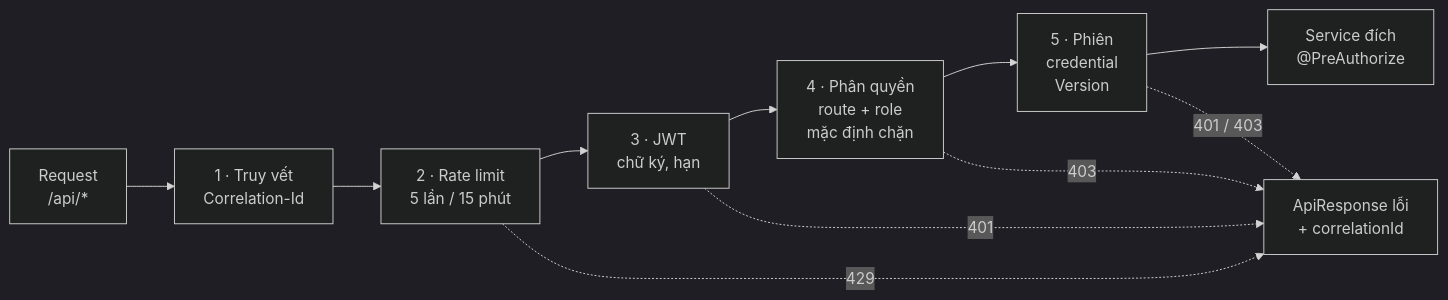
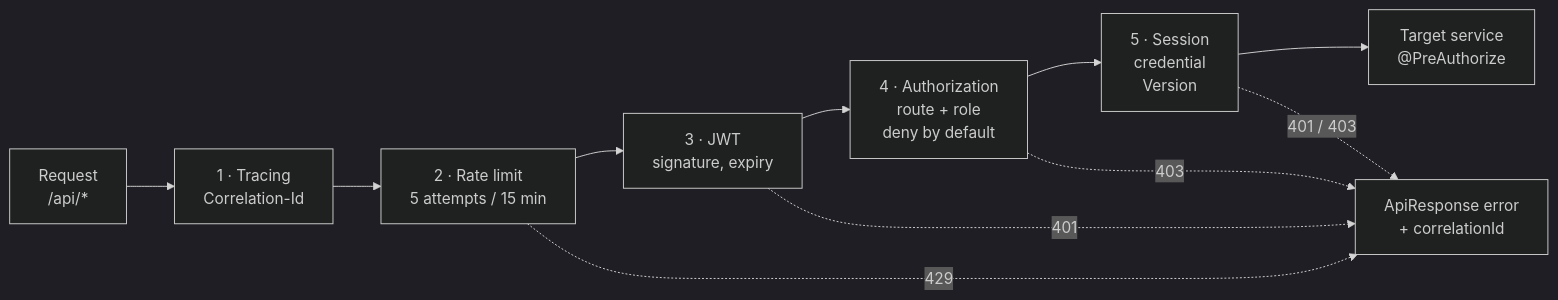
The diagram in scripts/demo_25_10/artifacts/service-demo/diagrams/07.mmd (Dangvinh77/MediFlow), drawn with Mermaid (dark theme) before and after one commit. The commit also changed 9 other files, not shown here.

```diff
--- a/scripts/demo_25_10/artifacts/service-demo/diagrams/07.mmd
+++ b/scripts/demo_25_10/artifacts/service-demo/diagrams/07.mmd
@@ -1,11 +1,11 @@
 flowchart LR
-R["Request<br/>/api/*"] --> F1["1 · Truy vết<br/>Correlation-Id"]
-F1 --> F2["2 · Rate limit<br/>5 lần / 15 phút"]
-F2 --> F3["3 · JWT<br/>chữ ký, hạn"]
-F3 --> F4["4 · Phân quyền<br/>route + role<br/>mặc định chặn"]
-F4 --> F5["5 · Phiên<br/>credential<br/>Version"]
-F5 --> S["Service đích<br/>@PreAuthorize"]
-F2 -.->|"429"| X["ApiResponse lỗi<br/>+ correlationId"]
+R["Request<br/>/api/*"] --> F1["1 · Tracing<br/>Correlation-Id"]
+F1 --> F2["2 · Rate limit<br/>5 attempts / 15 min"]
+F2 --> F3["3 · JWT<br/>signature, expiry"]
+F3 --> F4["4 · Authorization<br/>route + role<br/>deny by default"]
+F4 --> F5["5 · Session<br/>credential<br/>Version"]
+F5 --> S["Target service<br/>@PreAuthorize"]
+F2 -.->|"429"| X["ApiResponse error<br/>+ correlationId"]
 F3 -.->|"401"| X
 F4 -.->|"403"| X
 F5 -.->|"401 / 403"| X
```
